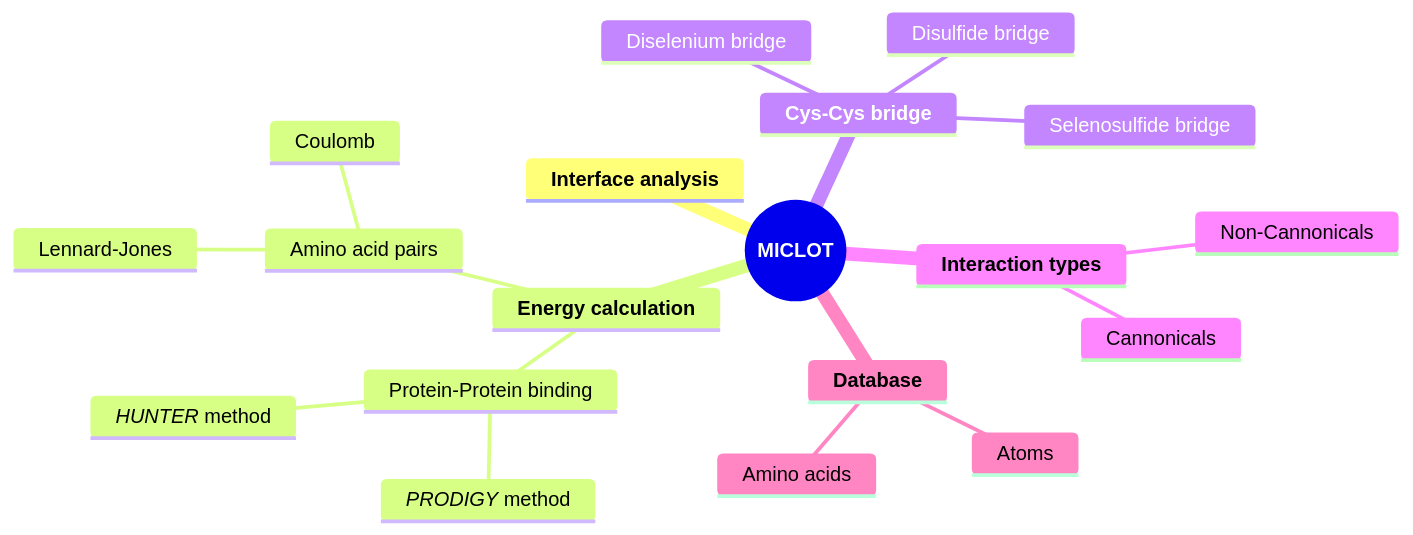
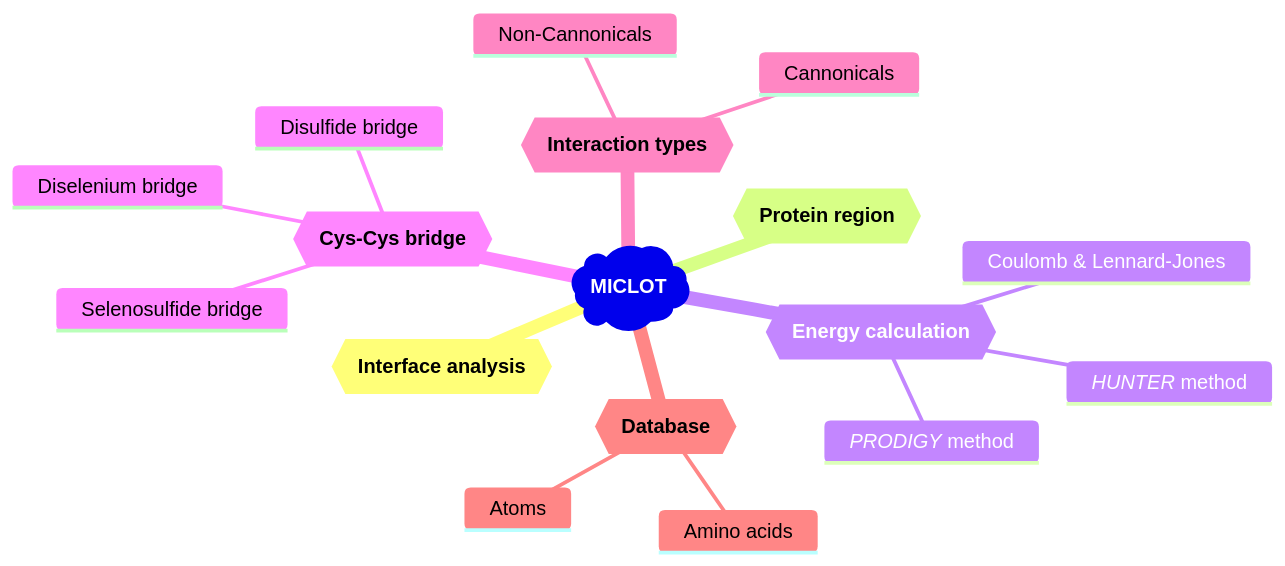
One commit to TMiclot/MICLOT changed the diagram in README.md. Above: the diagram before and after it, drawn with Mermaid.

````diff
--- a/README.md
+++ b/README.md
@@ -20,22 +20,20 @@
 ```mermaid
 mindmap
-    root((**MICLOT**))
-        **Interface analysis**
-        **Energy calculation**
-            Protein-Protein binding
-                *PRODIGY* method
-                *HUNTER* method
-            Amino acid pairs
-                Coulomb
-                Lennard-Jones
-        **Cys-Cys bridge**
+    root)**MICLOT**(
+        id{{**Interface analysis**}}
+        id{{**Protein region**}}
+        id{{**Energy calculation**}}
+            *PRODIGY* method
+            *HUNTER* method
+            Coulomb & Lennard-Jones
+        id{{**Cys-Cys bridge**}}
             Disulfide bridge
             Diselenium bridge
             Selenosulfide bridge
-        **Interaction types**
+        id{{**Interaction types**}}
             Cannonicals
             Non-Cannonicals
-        **Database**
+        id{{**Database**}}
             Amino acids
             Atoms
 ```
````
